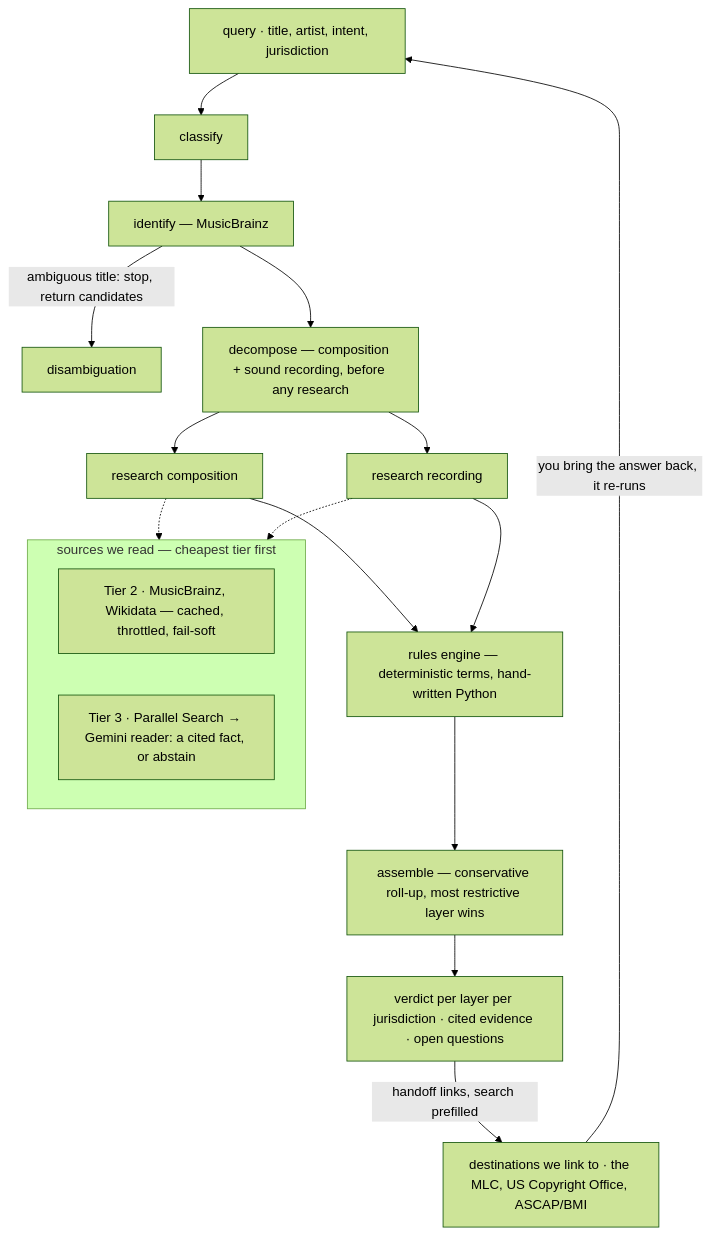
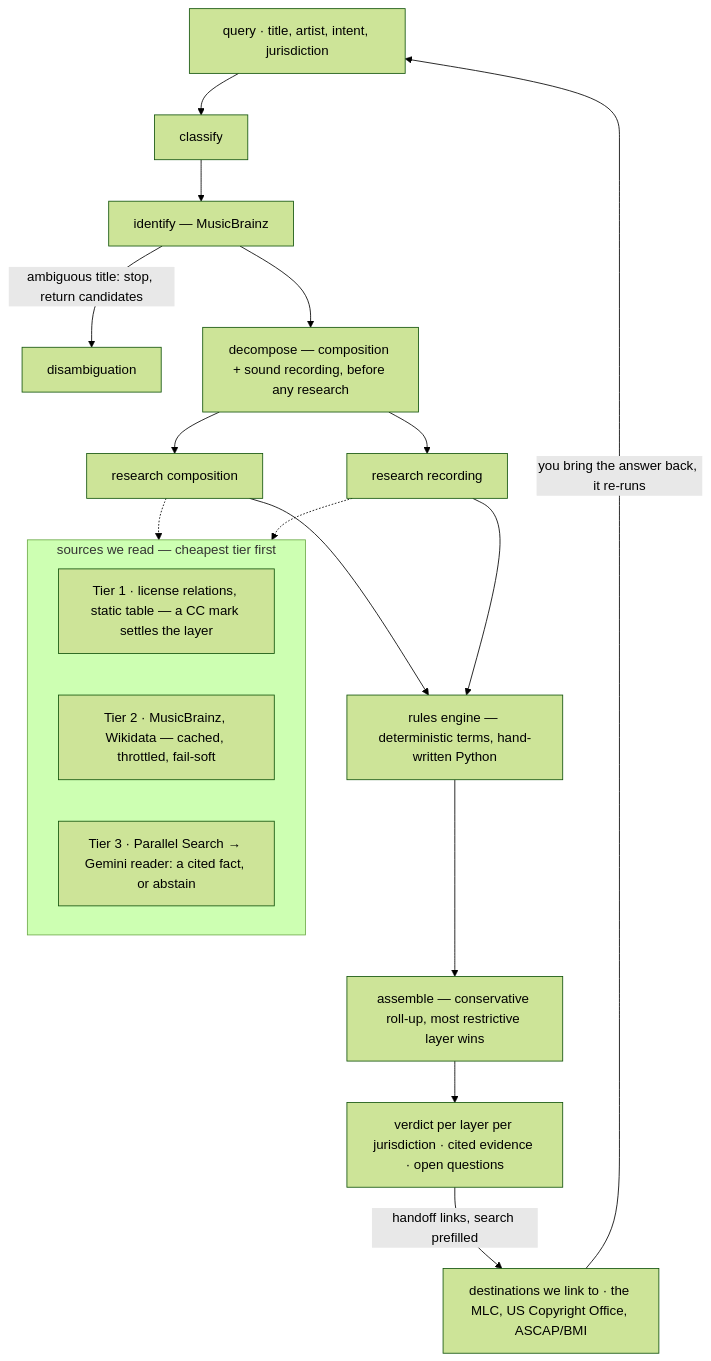
The diagram in README.md (stevemikedan/can-i-use-this), drawn with Mermaid (forest theme) before and after one commit. The commit also changed other lines of this file and 10 other files, not shown here.

````diff
--- a/README.md
+++ b/README.md
@@ -31,21 +31,22 @@
 ```mermaid
 flowchart TD
   Q["query · title, artist, intent, jurisdiction"] --> CL[classify]
   CL --> ID["identify — MusicBrainz"]
   ID -- "ambiguous title: stop, return candidates" --> DA[disambiguation]
   ID --> DE["decompose — composition + sound recording, before any research"]
   DE --> RC["research composition"]
   DE --> RR["research recording"]
   subgraph READ ["sources we read — cheapest tier first"]
+    T1["Tier 1 · license relations, static table — a CC mark settles the layer"]
     T2["Tier 2 · MusicBrainz, Wikidata — cached, throttled, fail-soft"]
     T3["Tier 3 · Parallel Search → Gemini reader: a cited fact, or abstain"]
   end
   RC -.-> READ
   RR -.-> READ
   RC --> RU["rules engine — deterministic terms, hand-written Python"]
   RR --> RU
   RU --> AS["assemble — conservative roll-up, most restrictive layer wins"]
   AS --> OUT["verdict per layer per jurisdiction · cited evidence · open questions"]
   OUT -- "handoff links, search prefilled" --> DEST["destinations we link to · the MLC, US Copyright Office, ASCAP/BMI"]
   DEST -- "you bring the answer back, it re-runs" --> Q
 ```
````
